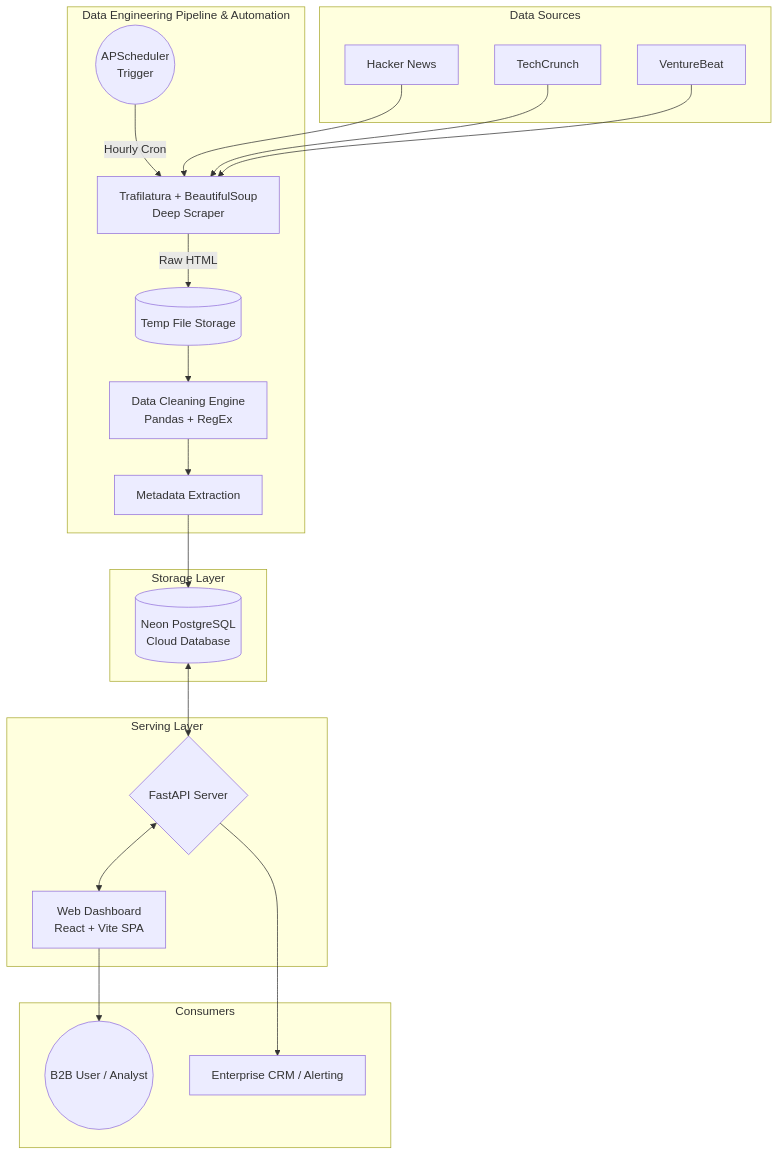
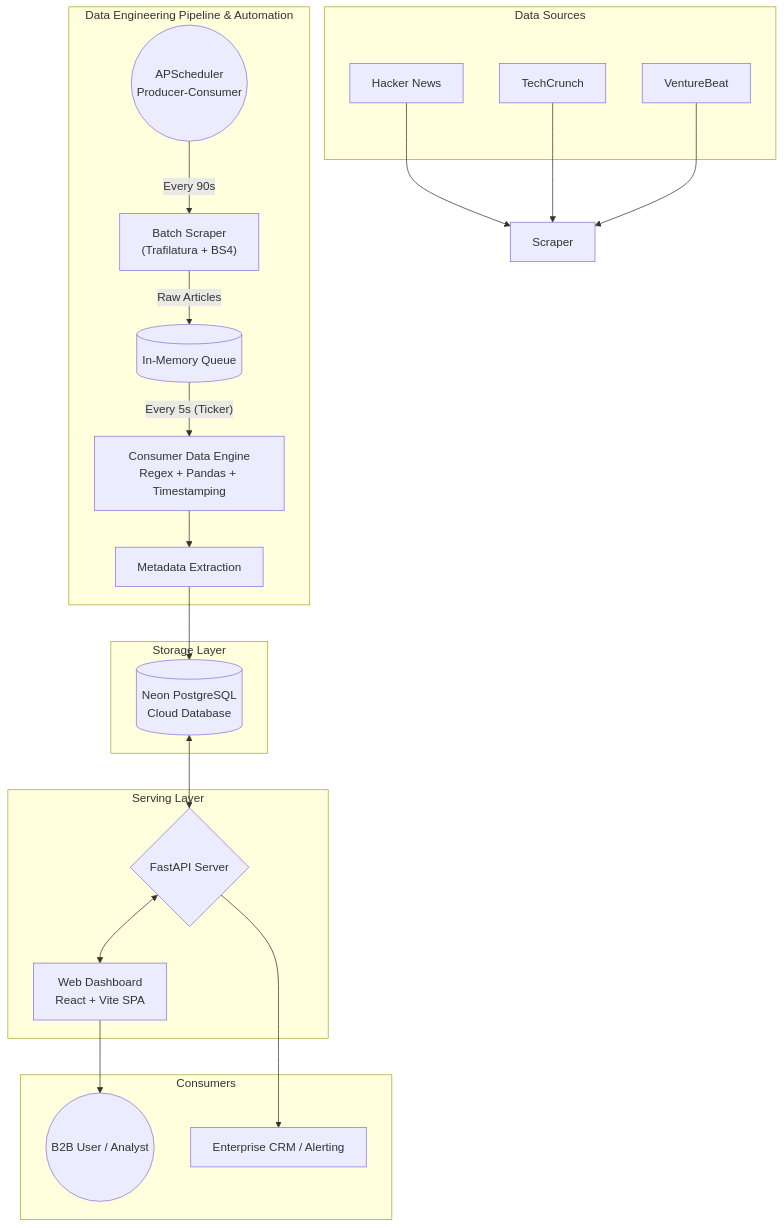
The first of 2 diagrams in README.md (amansingh4012/Tech-Pulse), drawn with Mermaid before and after one commit. The commit also changed other lines of this file, not shown here.

Commit message:
docs: update architecture diagrams and documentation to reflect the new producer-consumer pipeline with 5s consumer interval and 100-article cap

````diff
--- a/README.md
+++ b/README.md
@@ -29,34 +29,34 @@
 ```mermaid
 flowchart TB
     subgraph Data Sources
         S1["Hacker News"]
         S2["TechCrunch"]
         S3["VentureBeat"]
     end
 
     subgraph Data Engineering Pipeline & Automation
-        SCHED(("APScheduler\nTrigger")) -->|"Hourly Cron"| Scraper
+        SCHED(("APScheduler\nProducer-Consumer")) -->|"Every 90s"| Producer
         
-        Scraper["Trafilatura + BeautifulSoup\nDeep Scraper"] -->|"Raw HTML"| RawStorage[("Temp File Storage")]
-        RawStorage --> Cleaner["Data Cleaning Engine\nPandas + RegEx"]
-        Cleaner --> Structuring["Metadata Extraction"]
+        Producer["Batch Scraper\n(Trafilatura + BS4)"] -->|"Raw Articles"| Queue[("In-Memory Queue")]
+        Queue -->|"Every 5s (Ticker)"| Consumer["Consumer Data Engine\nRegex + Pandas + Timestamping"]
+        Consumer --> Structuring["Metadata Extraction"]
     end
 
     subgraph Storage Layer
         Structuring --> DB[("Neon PostgreSQL\nCloud Database")]
     end
 
     subgraph Serving Layer
         DB <--> API{"FastAPI Server"}
         API <--> UI["Web Dashboard\nReact + Vite SPA"]
     end
 
     subgraph Consumers
         UI --> EndUser(("B2B User / Analyst"))
         API --> B2BSystem["Enterprise CRM / Alerting"]
     end
 
     S1 --> Scraper
     S2 --> Scraper
     S3 --> Scraper
 ```
````
